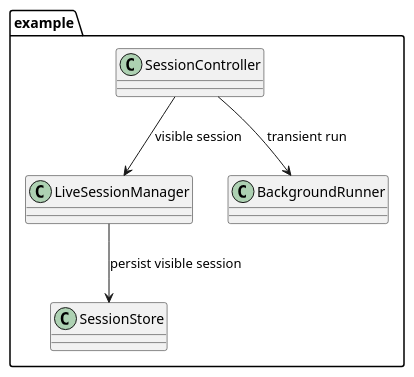
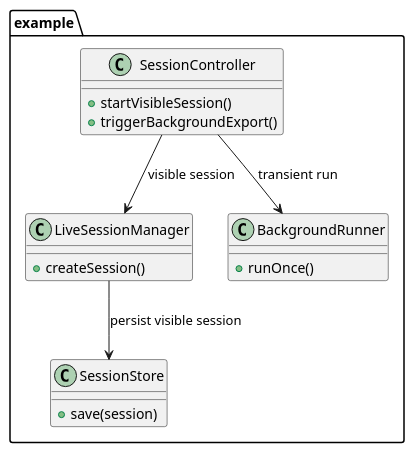
Before and after one commit to dpolivaev/spec-loop: the second of 3 diagrams in skills/spec-loop-prepare-implementation-approval/examples/example-task-session-state-boundary.md, drawn with PlantUML. The commit also changed 4 other files, not shown here.

Commit message:
Strengthen class-diagram rules for task-file planning

````diff
--- a/skills/spec-loop-prepare-implementation-approval/examples/example-task-session-state-boundary.md
+++ b/skills/spec-loop-prepare-implementation-approval/examples/example-task-session-state-boundary.md
@@ -43,16 +43,25 @@
   ```plantuml
   @startuml
   set separator none
 
   package "example" {
-    class SessionController
-    class LiveSessionManager
-    class BackgroundRunner
-    class SessionStore
+    class SessionController {
+      + startVisibleSession()
+      + triggerBackgroundExport()
+    }
+    class LiveSessionManager {
+      + createSession()
+    }
+    class BackgroundRunner {
+      + runOnce()
+    }
+    class SessionStore {
+      + save(session)
+    }
   }
 
   SessionController --> LiveSessionManager : visible session
   SessionController --> BackgroundRunner : transient run
   LiveSessionManager --> SessionStore : persist visible session
   @enduml
   ```
````
